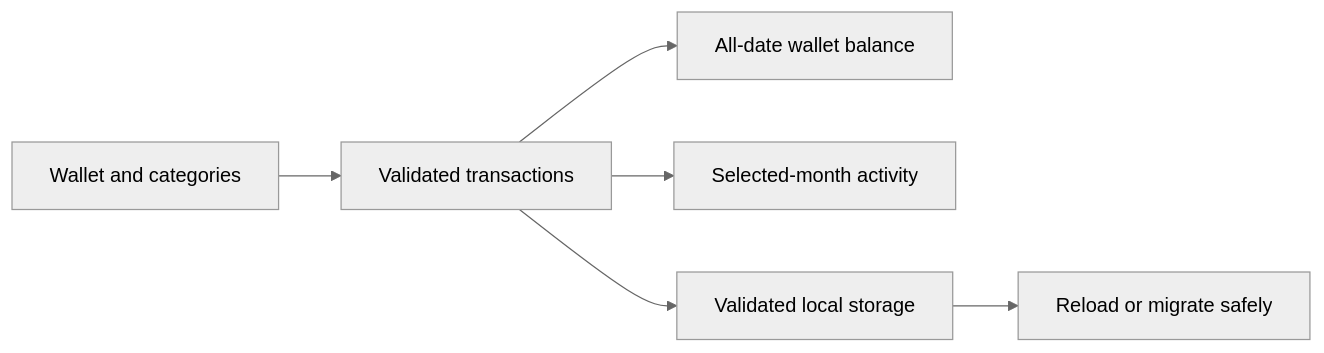
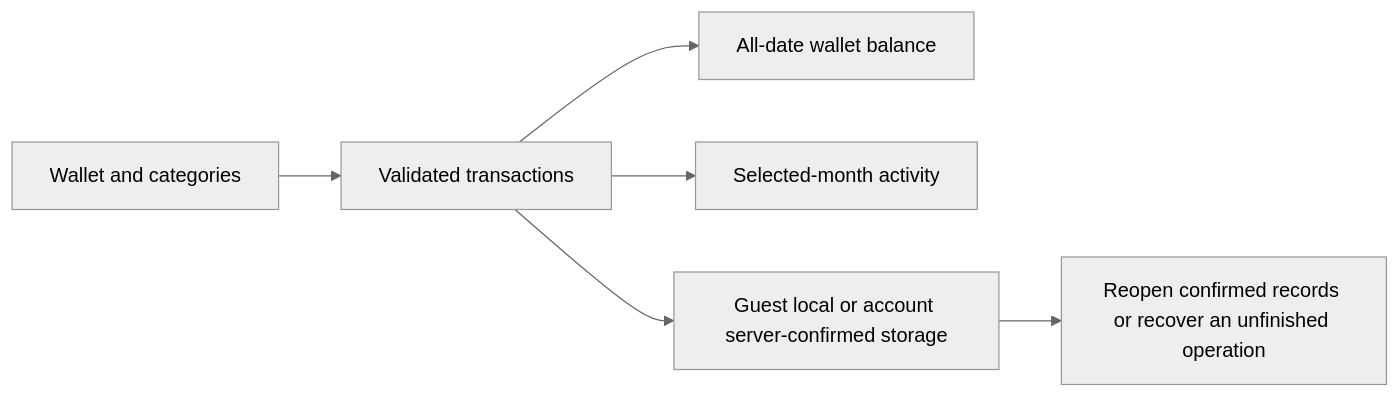
One commit to lejie710/my-money-management-fyp changed the diagram in docs/WALLET_LEDGER.md. Above: the diagram before and after it, drawn with Mermaid (neutral theme). The commit also changed other lines of this file and 191 other files, not shown here.

````diff
--- a/docs/WALLET_LEDGER.md
+++ b/docs/WALLET_LEDGER.md
@@ -29,8 +37,8 @@
 ```mermaid
 flowchart LR
     A[Wallet and categories] --> B[Validated transactions]
     B --> C[All-date wallet balance]
     B --> D[Selected-month activity]
-    B --> E[Validated local storage]
-    E --> F[Reload or migrate safely]
+    B --> E[Guest local or account server-confirmed storage]
+    E --> F[Reopen confirmed records or recover an unfinished operation]
 ```
````
